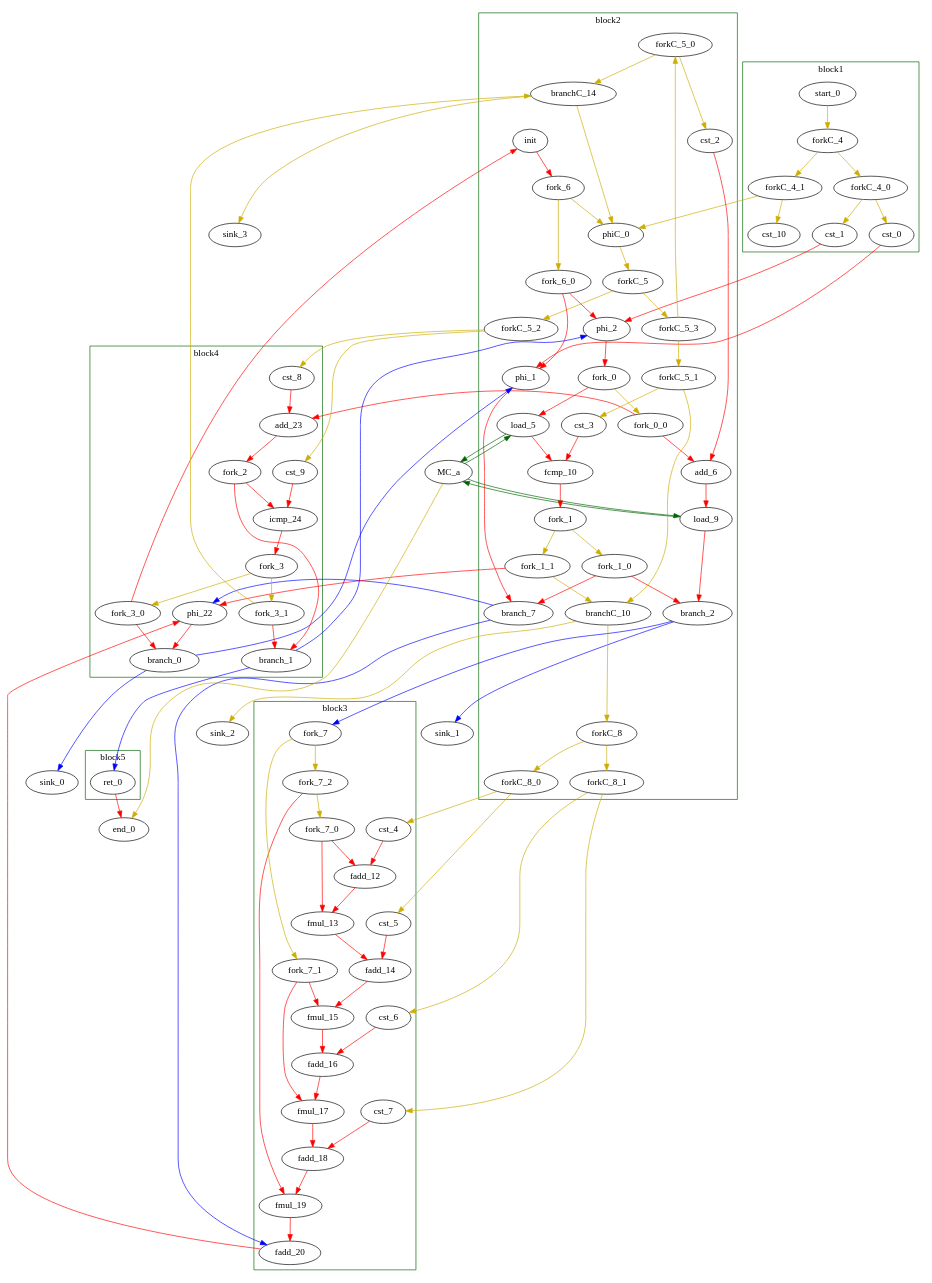
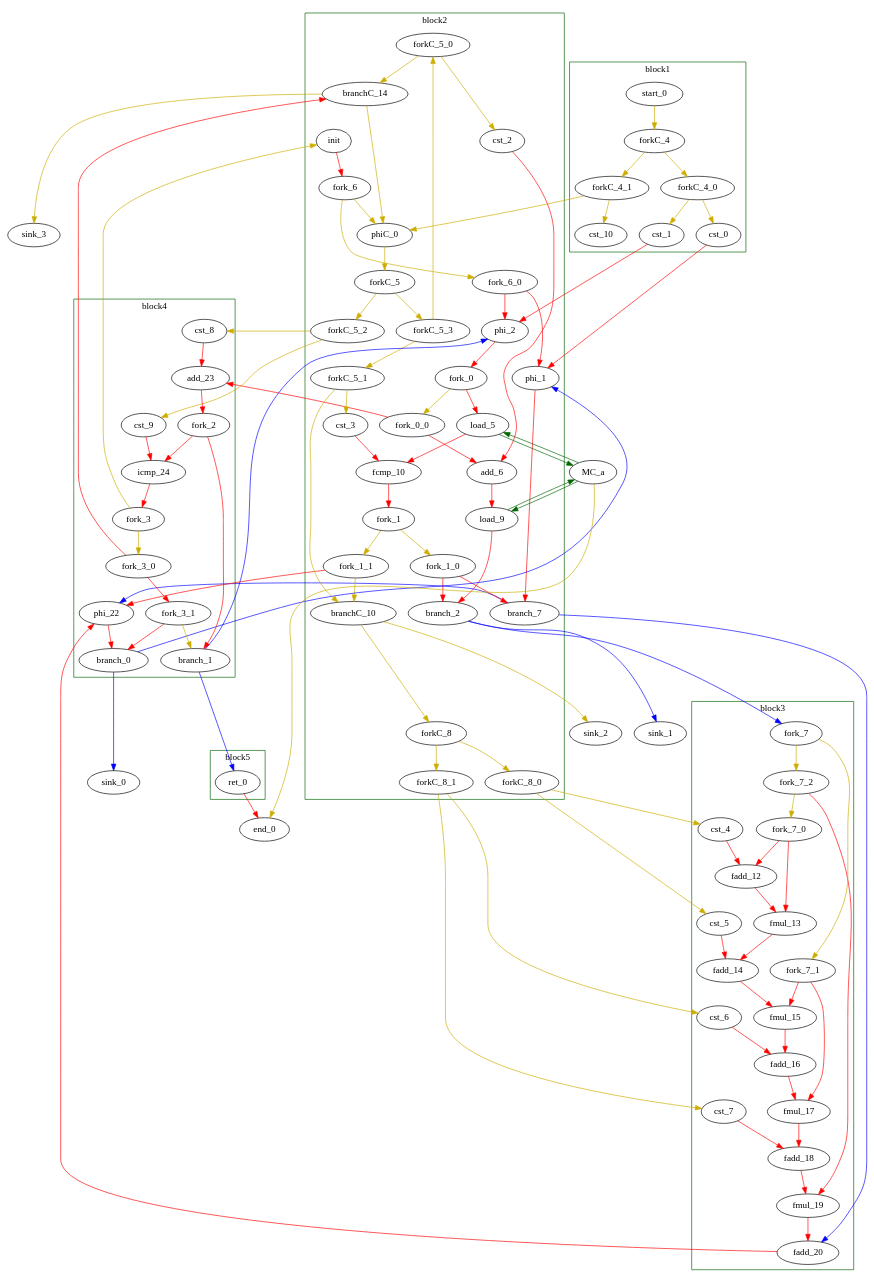
One commit to VCA-EPFL/dataflow-rewriter changed the diagram in benchmarks/preprocessed-baseline-gsum-single.dot. Above: the diagram before and after it, drawn with Graphviz. The commit also changed 4 other files, not shown here.

```diff
--- a/benchmarks/preprocessed-baseline-gsum-single.dot
+++ b/benchmarks/preprocessed-baseline-gsum-single.dot
@@ -26,12 +26,12 @@
 		"load_9" [type = "Operator", bbID= 2, op = "mc_load_op",bbID= 2, portId= 1, offset= 0, in = "in1:32 in2:32", out = "out1:32 out2:32 ", delay=0.000, latency=2, II=1, tagged=false, taggers_num=0, tagger_id=-1];
 		"cst_3" [type = "Constant", bbID= 2, in = "in1:32", out = "out1:32", value = "0x00000000", tagged=false, taggers_num=0, tagger_id=-1];
 		"fcmp_10" [type = "Operator", bbID= 2, op = "fcmp_ult_op", in = "in1:32 in2:32 ", out = "out1:1 ", delay=0.966, latency=2, II=1, tagged=false, taggers_num=0, tagger_id=-1];
-		"phiC_0" [type = "mux T", bbID= 2, in = "in1?:1 in2:0 in3:0 ", out = "out1:0", delay=0.166, tagged=false, taggers_num=0, tagger_id=-1];
+		"phiC_0" [type = "mux Bool", bbID= 2, in = "in1?:1 in2:0 in3:0 ", out = "out1:0", delay=0.166, tagged=false, taggers_num=0, tagger_id=-1];
 		"init" [type = "init Bool false", bbID= 2, in = "in1:32 ", out = "out1:32", delay=0.366, tagged=false, taggers_num=0, tagger_id=-1];
 		"branch_2" [type = "branch T", bbID= 2,  in = "in1:32 in2?:1", out = "out1+:32 out2-:32", tagged=false, taggers_num=0, tagger_id=-1];
 		"branch_7" [type = "branch T", bbID= 2,  in = "in1:32 in2?:1", out = "out1+:32 out2-:32", tagged=false, taggers_num=0, tagger_id=-1];
-		"branchC_10" [type = "branch T", bbID= 2,  in = "in1:0 in2?:1", out = "out1+:0 out2-:0", tagged=false, taggers_num=0, tagger_id=-1];
-		"branchC_14" [type = "branch T", bbID= 2,  in = "in1:0 in2?:1*i", out = "out1+:0 out2-:0", tagged=false, taggers_num=0, tagger_id=-1];
+		"branchC_10" [type = "branch Bool", bbID= 2,  in = "in1:0 in2?:1", out = "out1+:0 out2-:0", tagged=false, taggers_num=0, tagger_id=-1];
+		"branchC_14" [type = "branch Bool", bbID= 2,  in = "in1:0 in2?:1", out = "out1+:0 out2-:0", tagged=false, taggers_num=0, tagger_id=-1];
 		"fork_0_0" [type = "fork Bool 2", bbID= 2, in = "in1:32", out = "out1:32 out2:32", tagged = false, taggers_num = 0, tagger_id = -1];
 		"fork_0" [type = "fork Bool 2", bbID= 2, in = "in1:32", out = "out1:32 out2:32", tagged = false, taggers_num = 0, tagger_id = -1];
 		"fork_1_0" [type = "fork Bool 2", bbID= 2, in = "in1:32", out = "out1:32 out2:32", tagged = false, taggers_num = 0, tagger_id = -1];
@@ -81,8 +81,8 @@
 		"add_23" [type = "Operator", bbID= 4, op = "add_op", in = "in1:32 in2:32 ", out = "out1:32 ", delay=1.693, latency=0, II=1, tagged=false, taggers_num=0, tagger_id=-1];
 		"cst_9" [type = "Constant", bbID= 4, in = "in1:32", out = "out1:32", value = "0x000003E7", tagged=false, taggers_num=0, tagger_id=-1];
 		"icmp_24" [type = "Operator", bbID= 4, op = "icmp_ult_op", in = "in1:32 in2:32 ", out = "out1:1 ", delay=1.530, latency=0, II=1, tagged=false, taggers_num=0, tagger_id=-1];
-		"branch_0" [type = "branch T", bbID= 4,  in = "in1:32 in2?:1*i", out = "out1+:32 out2-:32", tagged=false, taggers_num=0, tagger_id=-1];
-		"branch_1" [type = "branch T", bbID= 4,  in = "in1:32 in2?:1*i", out = "out1+:32 out2-:32", tagged=false, taggers_num=0, tagger_id=-1];
+		"branch_0" [type = "branch T", bbID= 4,  in = "in1:32 in2?:1", out = "out1+:32 out2-:32", tagged=false, taggers_num=0, tagger_id=-1];
+		"branch_1" [type = "branch T", bbID= 4,  in = "in1:32 in2?:1", out = "out1+:32 out2-:32", tagged=false, taggers_num=0, tagger_id=-1];
 		"fork_2" [type = "fork Bool 2", bbID= 4, in = "in1:32", out = "out1:32 out2:32 ", tagged=false, taggers_num=0, tagger_id=-1];
 		"fork_3_0" [type = "fork Bool 2", bbID= 4, in = "in1:32", out = "out1:32 out2:32", tagged = false, taggers_num = 0, tagger_id = -1];
 		"fork_3_1" [type = "fork Bool 2", bbID= 4, in = "in1:32", out = "out1:32 out2:32", tagged = false, taggers_num = 0, tagger_id = -1];
@@ -139,19 +139,19 @@
 	"ret_0" -> "end_0" [color = "red", from = "out1", to = "in2"];
 	"start_0" -> "forkC_4" [color = "gold3", from = "out1", to = "in1"];
 	"phiC_0" -> "forkC_5" [color = "gold3", from = "out1", to = "in1"];
-	"branch_0" -> "sink_0" [color = "blue", minlen = 3, from = "out1", to = "in1"];
-	"branch_0" -> "phi_1" [color = "blue", minlen = 3, from = "out2", to = "in3"];
+	"branch_0" -> "sink_0" [color = "blue", minlen = 3, from = "out2", to = "in1"];
+	"branch_0" -> "phi_1" [color = "blue", minlen = 3, from = "out1", to = "in3"];
 	"init" -> "fork_6" [color = "red", from = "out1", to = "in1"];
-	"branch_1" -> "ret_0" [color = "blue", minlen = 3, from = "out1", to = "in1"];
-	"branch_1" -> "phi_2" [color = "blue", minlen = 3, from = "out2", to = "in3"];
+	"branch_1" -> "ret_0" [color = "blue", minlen = 3, from = "out2", to = "in1"];
+	"branch_1" -> "phi_2" [color = "blue", minlen = 3, from = "out1", to = "in3"];
 	"branch_2" -> "sink_1" [color = "blue", minlen = 3, from = "out1", to = "in1"];
 	"branch_2" -> "fork_7" [color = "blue", minlen = 3, from = "out2", to = "in1"];
 	"branch_7" -> "phi_22" [color = "blue", minlen = 3, from = "out1", to = "in3"];
 	"branch_7" -> "fadd_20" [color = "blue", minlen = 3, from = "out2", to = "in1"];
 	"branchC_10" -> "sink_2" [color = "gold3", minlen = 3, from = "out1", to = "in1"];
 	"branchC_10" -> "forkC_8" [color = "gold3", minlen = 3, from = "out2", to = "in1"];
-	"branchC_14" -> "sink_3" [color = "gold3", minlen = 3, from = "out1", to = "in1"];
-	"branchC_14" -> "phiC_0" [color = "gold3", minlen = 3, from = "out2", to = "in3"];
+	"branchC_14" -> "sink_3" [color = "gold3", minlen = 3, from = "out2", to = "in1"];
+	"branchC_14" -> "phiC_0" [color = "gold3", minlen = 3, from = "out1", to = "in3"];
     "fork_7_0" -> "fadd_12" [color = "red", from = "out1", to = "in1"];
     "fork_7_0" -> "fmul_13" [color = "red", from = "out2", to = "in2"];
     "fork_7_1" -> "fmul_15" [color = "red", from = "out1", to = "in2"];
@@ -172,12 +172,12 @@
     "fork_1" -> "fork_1_1" [color = "gold3", from = "out2", to = "in1"];
 	"fork_2" -> "icmp_24" [color = "red", from = "out1", to = "in1"];
 	"fork_2" -> "branch_1" [color = "red", from = "out2", to = "in1"];
-    "fork_3_0" -> "branch_0" [color = "red", from = "out1", to = "in2"];
-    "fork_3_0" -> "init" [color = "red", from = "out2", to = "in1"];
-    "fork_3_1" -> "branch_1" [color = "red", from = "out1", to = "in2"];
-    "fork_3_1" -> "branchC_14" [color = "gold3", from = "out2", to = "in2"];
+    "fork_3_0" -> "branchC_14" [color = "red", from = "out1", to = "in2"];
+    "fork_3_0" -> "fork_3_1" [color = "red", from = "out2", to = "in1"];
+    "fork_3_1" -> "branch_0" [color = "red", from = "out1", to = "in2"];
+    "fork_3_1" -> "branch_1" [color = "gold3", from = "out2", to = "in2"];
     "fork_3" -> "fork_3_0" [color = "gold3", from = "out1", to = "in1"];
-    "fork_3" -> "fork_3_1" [color = "gold3", from = "out2", to = "in1"];
+    "fork_3" -> "init" [color = "gold3", from = "out2", to = "in1"];
     "forkC_4_0" -> "cst_0" [color = "gold3", from = "out1", to = "in1"];
     "forkC_4_0" -> "cst_1" [color = "gold3", from = "out2", to = "in1"];
     "forkC_4_1" -> "phiC_0" [color = "gold3", from = "out1", to = "in2"];
```
